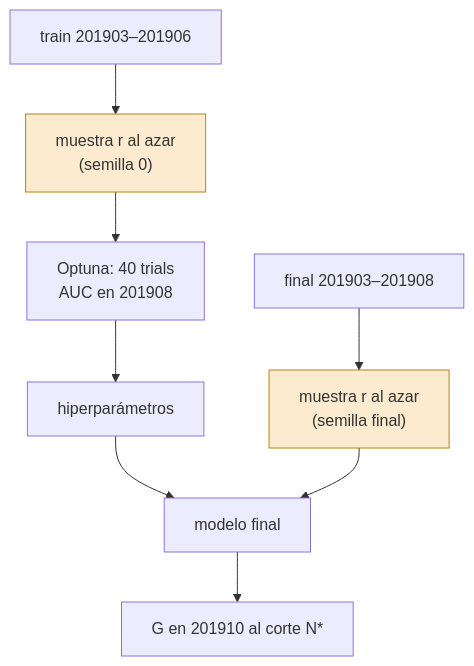
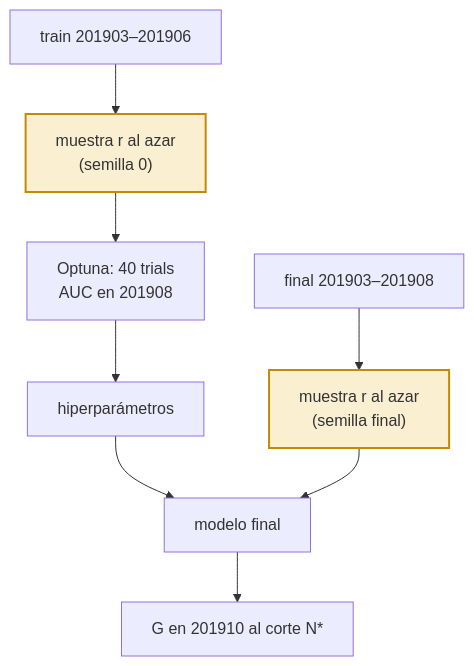
One commit to agustinarazanov/dmeyf-experimento-sampling changed the diagram in experimentos/h1/README.md. Above: the diagram before and after it, drawn with Mermaid. The commit also changed 12 other files, not shown here.

````diff
--- a/experimentos/h1/README.md
+++ b/experimentos/h1/README.md
@@ -17,12 +17,12 @@
 ```mermaid
 flowchart TB
   D[train 201903–201906] --> M1["muestra r al azar<br/>(semilla 0)"]
   M1 --> O["Optuna: 40 trials<br/>AUC en 201908"]
   O --> HP[hiperparámetros]
   F[final 201903–201908] --> M2["muestra r al azar<br/>(semilla final)"]
   HP --> E[modelo final]
   M2 --> E
   E --> T["G en 201910 al corte N*"]
-  style M1 fill:#fdebd0,stroke:#b8860b
-  style M2 fill:#fdebd0,stroke:#b8860b
+  style M1 fill:#e0a8002e,stroke:#c48a00,stroke-width:2px
+  style M2 fill:#e0a8002e,stroke:#c48a00,stroke-width:2px
 ```
````
